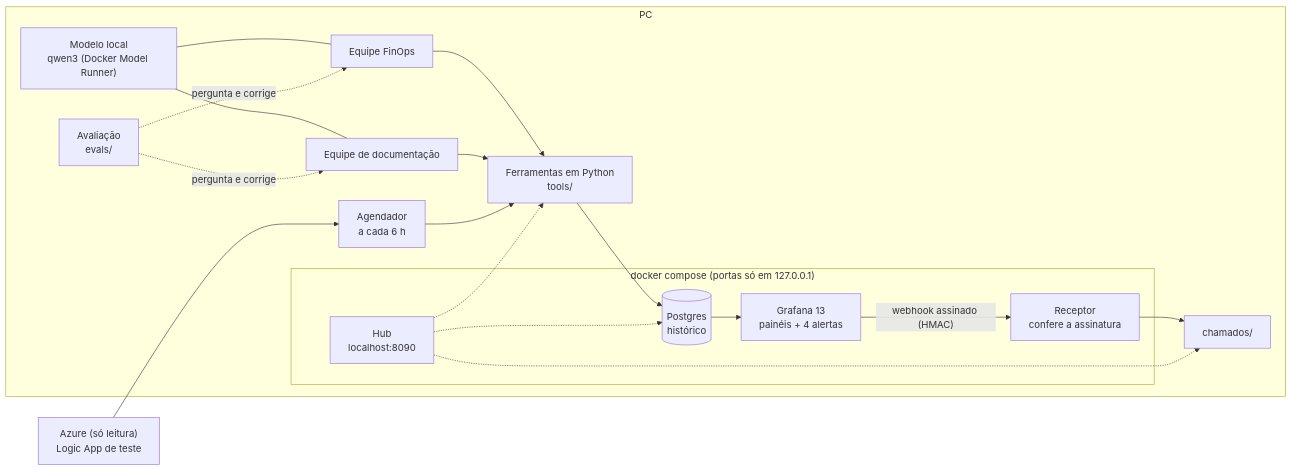
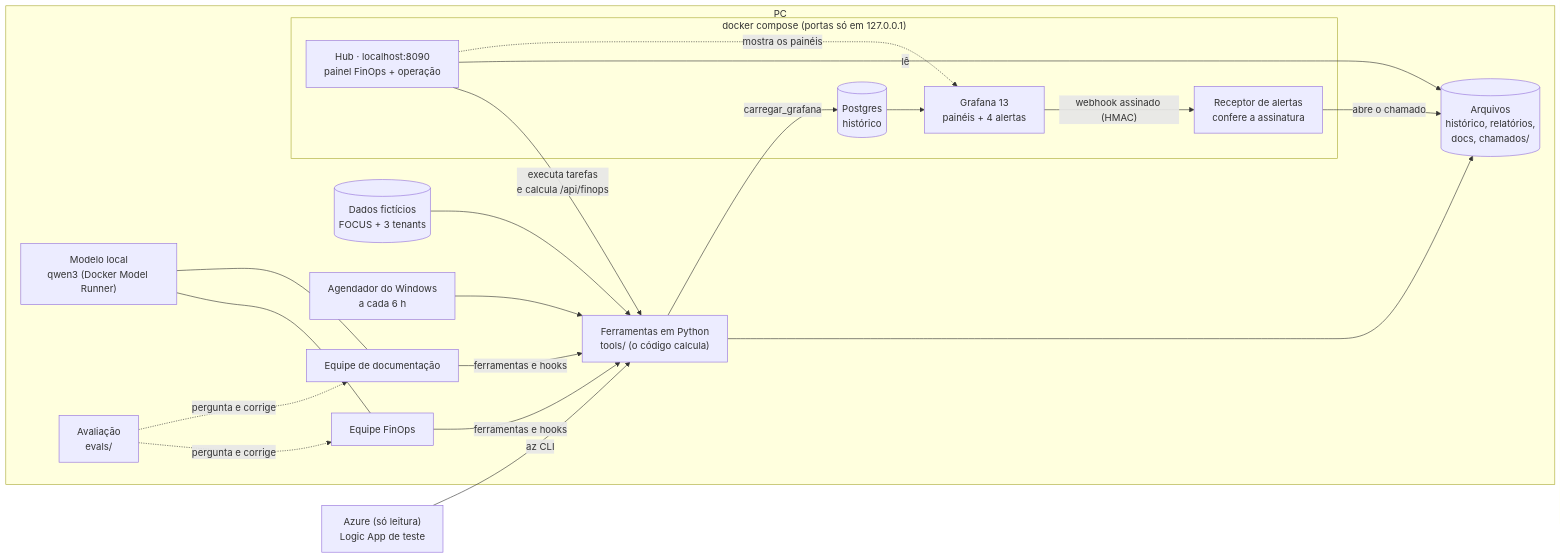
Before and after one commit to Vazc0-0/HubFinOps: the diagram in README.md, drawn with Mermaid. The commit also changed other lines of this file and 2 other files, not shown here.

Commit message:
README: fluxograma corrigido, testes das páginas do hub e prints no visual novo

````diff
--- a/README.md
+++ b/README.md
@@ -88,24 +88,32 @@
 ```mermaid
 flowchart LR
   subgraph PC["PC"]
     M["Modelo local<br/>qwen3 (Docker Model Runner)"]
     A1["Equipe FinOps"]
     A2["Equipe de documentação"]
-    T["Ferramentas em Python<br/>tools/"]
-    AG["Agendador<br/>a cada 6 h"]
     E["Avaliação<br/>evals/"]
-    C["chamados/"]
+    D[("Dados fictícios<br/>FOCUS + 3 tenants")]
+    T["Ferramentas em Python<br/>tools/ (o código calcula)"]
+    AG["Agendador do Windows<br/>a cada 6 h"]
+    ARQ[("Arquivos<br/>histórico, relatórios,<br/>docs, chamados/")]
     subgraph DC["docker compose (portas só em 127.0.0.1)"]
       P[("Postgres<br/>histórico")]
       G["Grafana 13<br/>painéis + 4 alertas"]
-      R["Receptor<br/>confere a assinatura"]
-      H["Hub<br/>localhost:8090"]
+      R["Receptor de alertas<br/>confere a assinatura"]
+      H["Hub · localhost:8090<br/>painel FinOps + operação"]
     end
   end
   AZ["Azure (só leitura)<br/>Logic App de teste"]
   M --- A1 & A2
-  A1 & A2 --> T
-  E -. pergunta e corrige .-> A1 & A2
-  AZ --> AG --> T --> P --> G -- "webhook assinado (HMAC)" --> R --> C
-  H -.-> T & P & C
+  A1 & A2 -- "ferramentas e hooks" --> T
+  E -. "pergunta e corrige" .-> A1 & A2
+  D --> T
+  AZ -- "az CLI" --> T
+  AG --> T
+  T --> ARQ
+  T -- "carregar_grafana" --> P --> G
+  G -- "webhook assinado (HMAC)" --> R -- "abre o chamado" --> ARQ
+  H -- "executa tarefas<br/>e calcula /api/finops" --> T
+  H -- "lê" --> ARQ
+  H -. "mostra os painéis" .-> G
 ```
````
